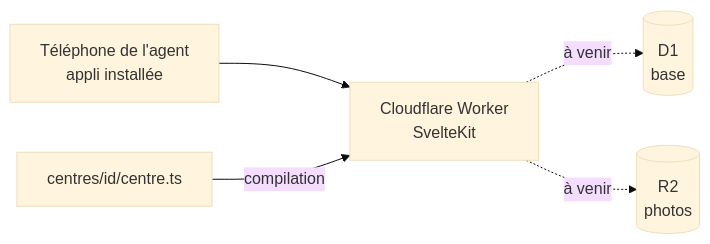
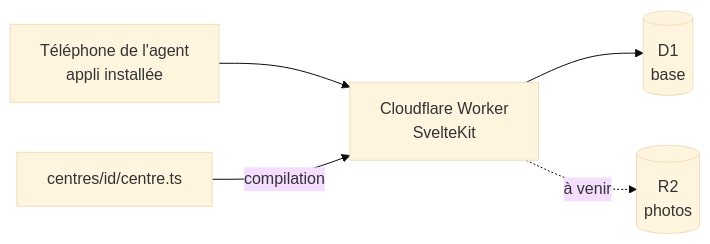
The diagram in docs/technique/README.md (cislaille35/gyro-caserne), drawn with Mermaid (base theme) before and after one commit. The commit also changed other lines of this file and 54 other files, not shown here.

````diff
--- a/docs/technique/README.md
+++ b/docs/technique/README.md
@@ -5,7 +5,7 @@
 ```mermaid
 flowchart LR
   tel[Téléphone de l'agent<br>appli installée] --> worker[Cloudflare Worker<br>SvelteKit]
-  worker -. à venir .-> d1[(D1<br>base)]
+  worker --> d1[(D1<br>base)]
   worker -. à venir .-> r2[(R2<br>photos)]
   centre[centres/id/centre.ts] -- compilation --> worker
 ```
````
